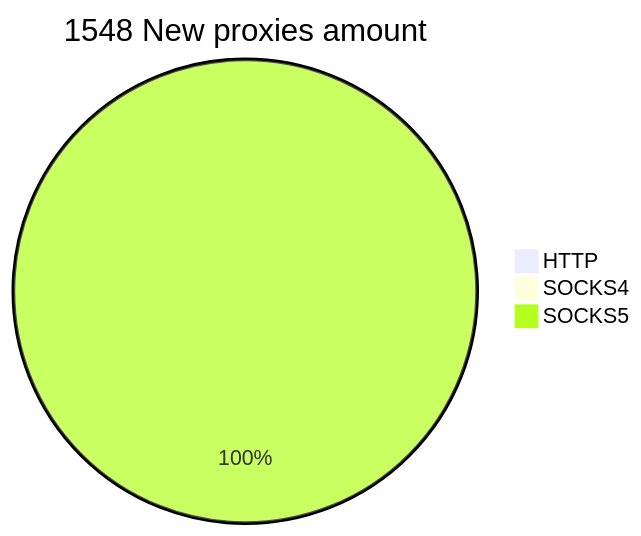
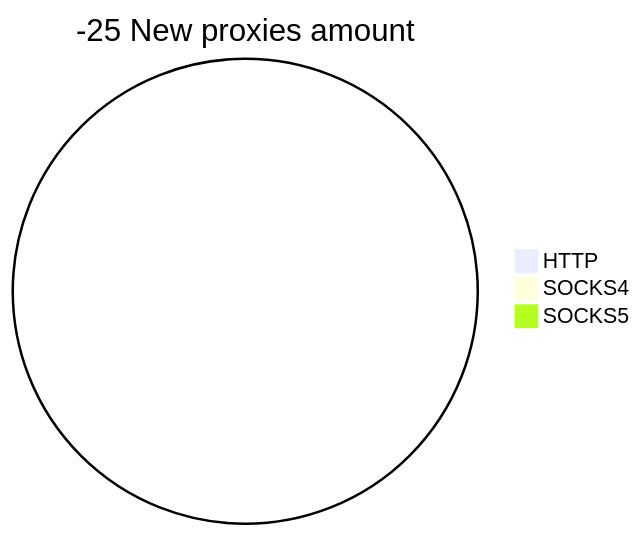
One commit to cutipu/proxylist changed the second of 2 diagrams in README.md. Above: the diagram before and after it, drawn with Mermaid. The commit also changed other lines of this file, not shown here.

````diff
--- a/README.md
+++ b/README.md
@@ -10,6 +10,6 @@
 ```mermaid
-pie title 1548 New proxies amount
+pie title -25 New proxies amount
     "HTTP" : 0
     "SOCKS4" : 0
-    "SOCKS5" : 3079
+    "SOCKS5" : 0
 ```
````
